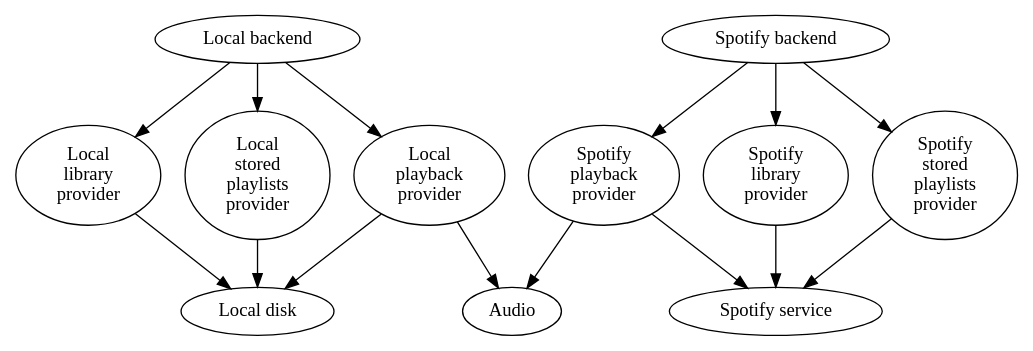
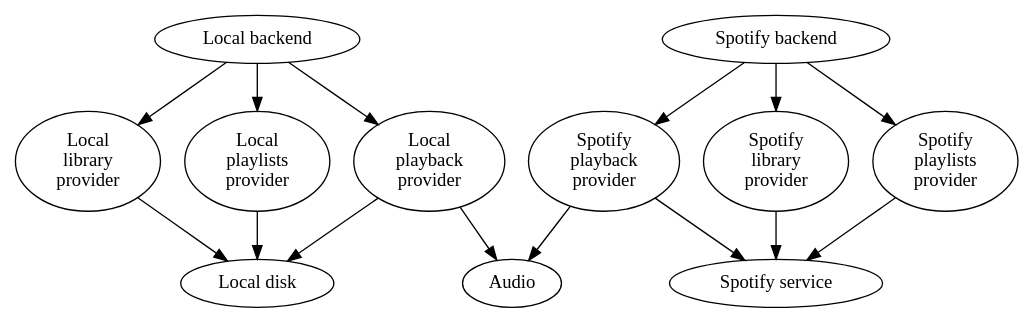
One commit to mopidy/mopidy changed the fourth of 4 diagrams in docs/api/concepts.rst. Above: the diagram before and after it, drawn with Graphviz. The commit also changed other lines of this file and 21 other files, not shown here.

```diff
--- a/docs/api/concepts.rst
+++ b/docs/api/concepts.rst
@@ -79,11 +79,11 @@
 .. digraph:: backend_architecture
 
     "Local backend" -> "Local\nlibrary\nprovider" -> "Local disk"
     "Local backend" -> "Local\nplayback\nprovider" -> "Local disk"
-    "Local backend" -> "Local\nstored\nplaylists\nprovider" -> "Local disk"
+    "Local backend" -> "Local\nplaylists\nprovider" -> "Local disk"
     "Local\nplayback\nprovider" -> Audio
 
     "Spotify backend" -> "Spotify\nlibrary\nprovider" -> "Spotify service"
     "Spotify backend" -> "Spotify\nplayback\nprovider" -> "Spotify service"
-    "Spotify backend" -> "Spotify\nstored\nplaylists\nprovider" -> "Spotify service"
+    "Spotify backend" -> "Spotify\nplaylists\nprovider" -> "Spotify service"
     "Spotify\nplayback\nprovider" -> Audio
```
